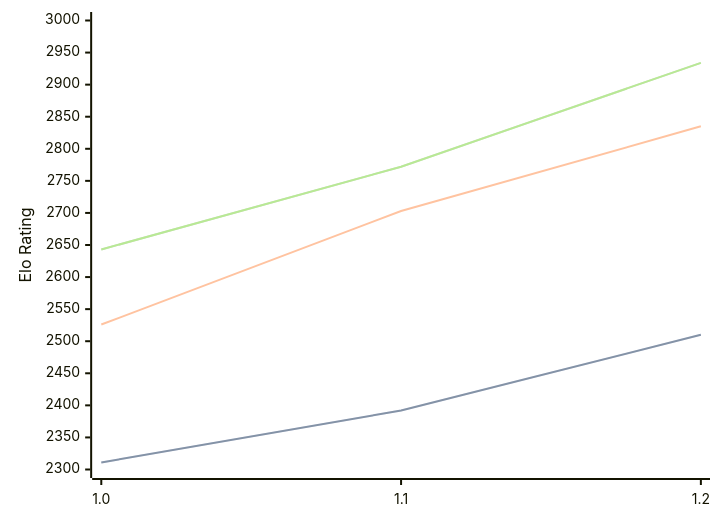
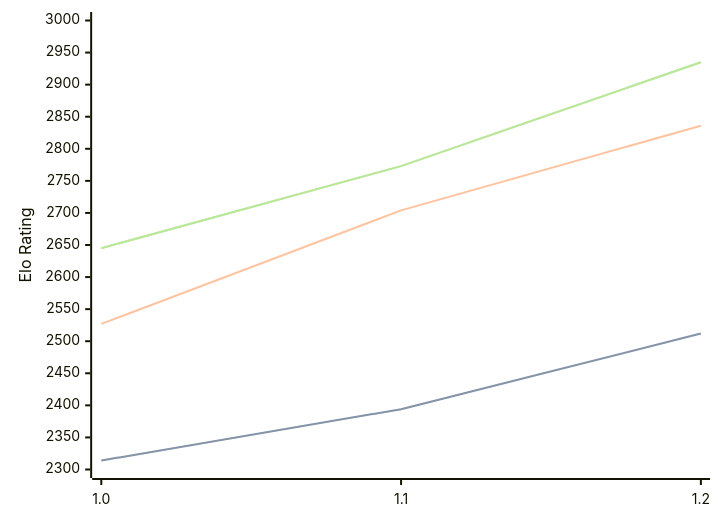
Before and after one commit to computer-chess-index/cci: the diagram in engines/FoxChess.md, drawn with Mermaid. The commit also changed other lines of this file, not shown here.

Commit message:
Update CCI Ratings (ELO VLTC) - 2026-08-22

````diff
--- a/engines/FoxChess.md
+++ b/engines/FoxChess.md
@@ -33,11 +33,11 @@
 ```mermaid
 %%{init: {"theme":"base","themeVariables":{"seriesColors:['#a3a3a3','#222221','#faa371']}}}%%
 xychart-beta
   x-axis ["1.0", "1.1", "1.2"]
   y-axis "Elo Rating" 2300 --> 3000
-  line "STC (8.0+0.08s)" [2311, 2392, 2510]
-  line "STC (8.0+0.08s)" [2311, 2392, 2510]
-  line "LTC (60.0+0.60s)" [2526, 2703, 2835]
-  line "VLTC (2m24s+1.12s)" [2643, 2772, 2934]
-  line "VLTC (2m24s+1.12s)" [2643, 2772, 2934]
+  line "STC (8.0+0.08s)" [2314, 2394, 2512]
+  line "STC (8.0+0.08s)" [2314, 2394, 2512]
+  line "LTC (60.0+0.60s)" [2527, 2704, 2836]
+  line "VLTC (2m24s+1.12s)" [2645, 2773, 2935]
+  line "VLTC (2m24s+1.12s)" [2645, 2773, 2935]
 ```
````
